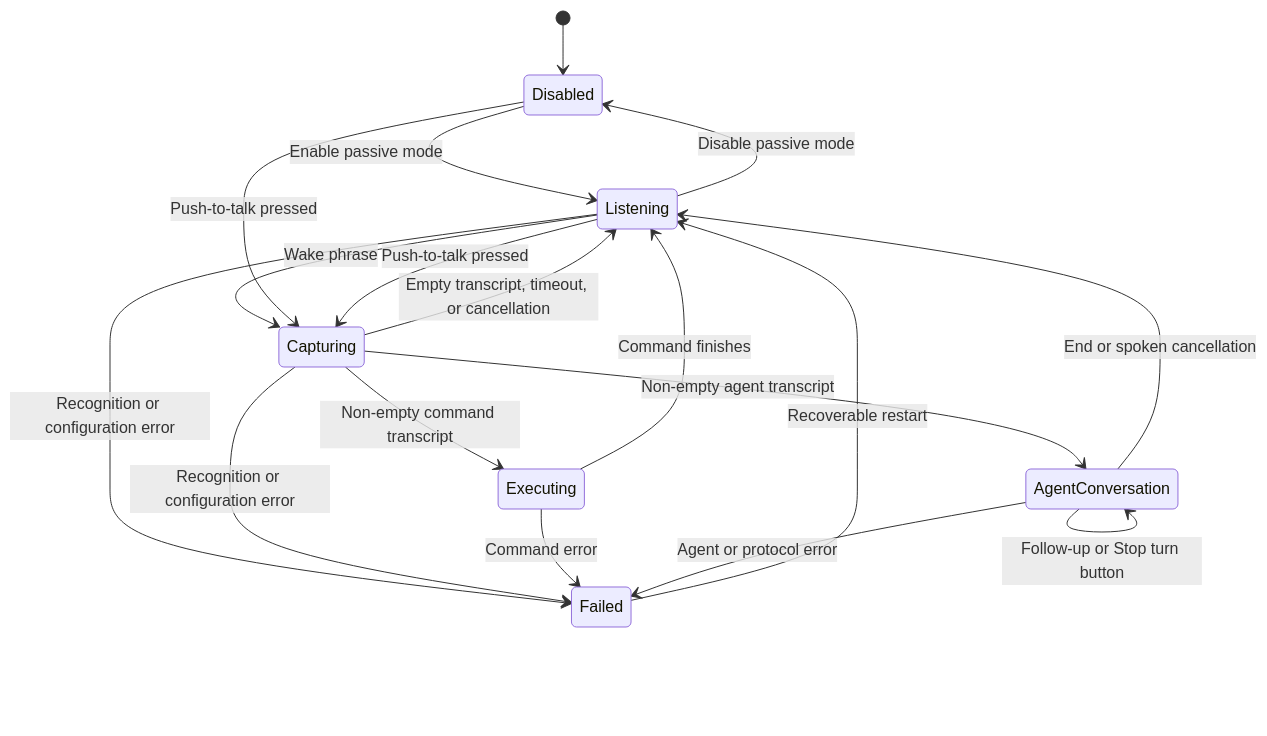
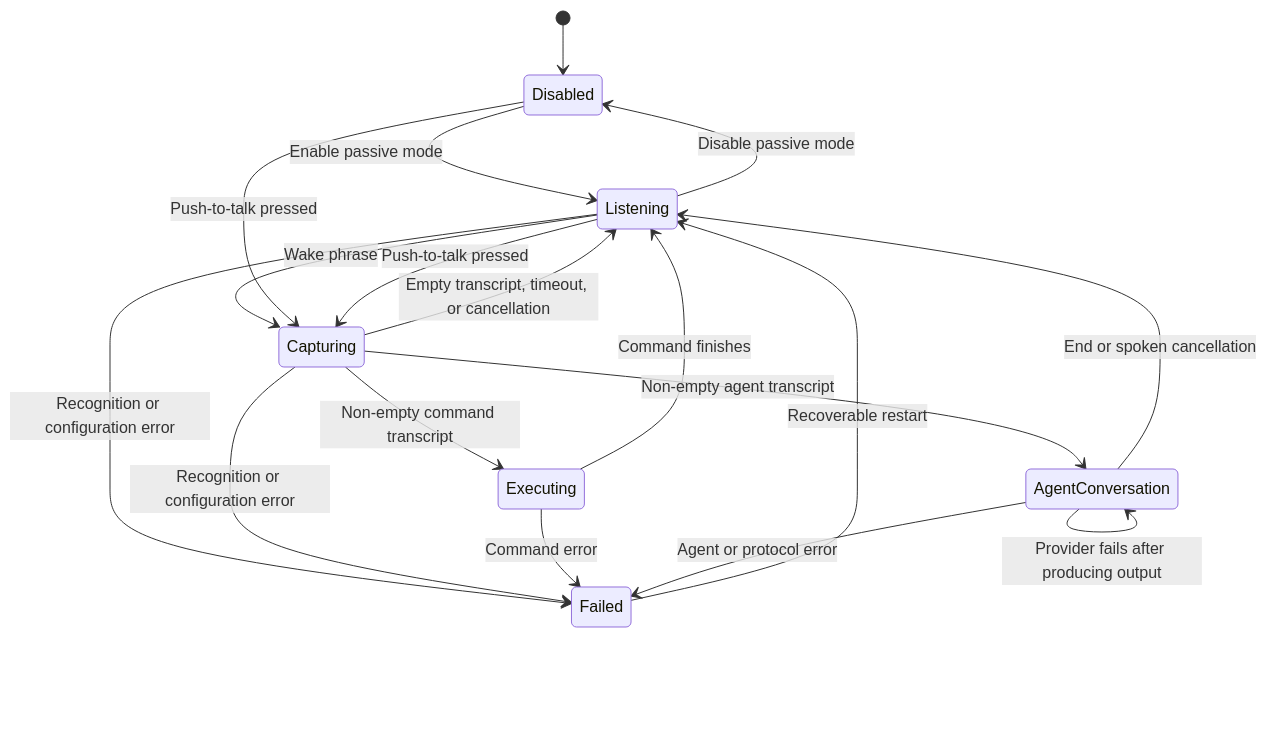
Before and after one commit to pavkam/mac-voice-activation: the diagram in docs/architecture.md, drawn with Mermaid. The commit also changed other lines of this file and 27 other files, not shown here.

Commit message:
fix: refine agent conversation flow

````diff
--- a/docs/architecture.md
+++ b/docs/architecture.md
@@ -44,21 +44,22 @@
 ```mermaid
 stateDiagram-v2
     [*] --> Disabled
     Disabled --> Listening: Enable passive mode
     Listening --> Capturing: Wake phrase
     Disabled --> Capturing: Push-to-talk pressed
     Listening --> Capturing: Push-to-talk pressed
     Capturing --> Executing: Non-empty command transcript
     Capturing --> AgentConversation: Non-empty agent transcript
     Capturing --> Listening: Empty transcript, timeout, or cancellation
     Executing --> Listening: Command finishes
     AgentConversation --> AgentConversation: Agent turn finishes
     AgentConversation --> AgentConversation: Follow-up or Stop turn button
+    AgentConversation --> AgentConversation: Provider fails after producing output
     AgentConversation --> Listening: End or spoken cancellation
     Listening --> Failed: Recognition or configuration error
     Capturing --> Failed: Recognition or configuration error
     Executing --> Failed: Command error
     AgentConversation --> Failed: Agent or protocol error
     Failed --> Listening: Recoverable restart
     Listening --> Disabled: Disable passive mode
 ```
````
